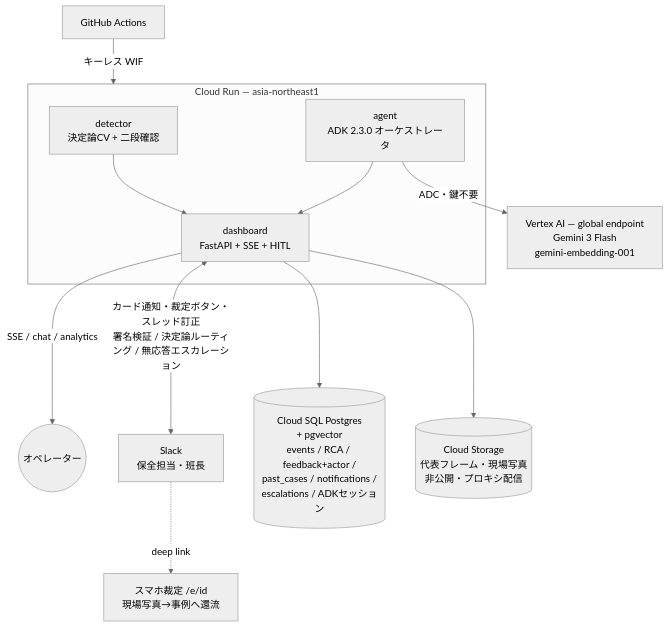
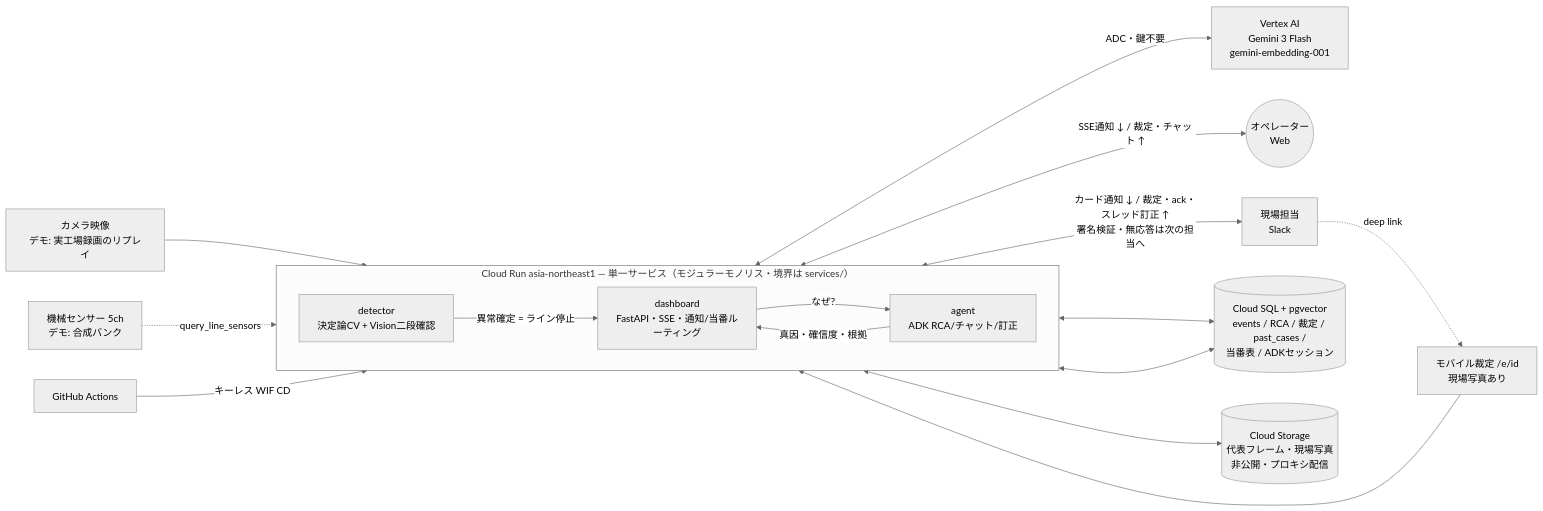
The second of 2 diagrams in README.md (ai-club-lab/e-andon), drawn with Mermaid (neutral theme) before and after one commit. The commit also changed other lines of this file, not shown here.

Commit message:
docs(readme): アーキ図を実態に合わせて再作成 — 1コンテナ明示・データフロー方向・HITL双方向・agent↔SQL・カメラ入力
旧図の問題: 3独立サービスに見える（実態はモジュラーモノリス）/ AGENT→DASH
の矢印が逆 / 入力（カメラ映像）欠落 / オペレーター矢印が一方向でHITLが不可視 /
agentとCloud SQLが未接続 / モバイルがdashboardに未接続。

````diff
--- a/README.md
+++ b/README.md
@@ -83,14 +83,19 @@
 ```mermaid
-flowchart TB
-    subgraph CloudRun["Cloud Run — asia-northeast1"]
-        DET[detector<br>決定論CV + 二段確認] --> DASH[dashboard<br>FastAPI + SSE + HITL]
-        AGENT[agent<br>ADK 2.3.0 オーケストレータ] --> DASH
+flowchart LR
+    CAM[カメラ映像<br>デモ: 実工場録画のリプレイ] --> DET
+    IOT[機械センサー 5ch<br>デモ: 合成バンク] -.->|query_line_sensors| AGENT
+    subgraph RUN["Cloud Run asia-northeast1 — 単一サービス（モジュラーモノリス・境界は services/）"]
+        direction LR
+        DET[detector<br>決定論CV + Vision二段確認] -->|異常確定 = ライン停止| DASH[dashboard<br>FastAPI・SSE・通知/当番ルーティング]
+        DASH -->|なぜ?| AGENT[agent<br>ADK RCA/チャット/訂正]
+        AGENT -->|真因・確信度・根拠| DASH
     end
-    DASH -->|SSE / chat / analytics| USER((オペレーター))
-    DASH <-->|カード通知・裁定ボタン・スレッド訂正<br>署名検証 / 決定論ルーティング / 無応答エスカレーション| SLACK[Slack<br>保全担当・班長]
-    SLACK -.->|deep link| MOBILE[スマホ裁定 /e/id<br>現場写真→事例へ還流]
-    AGENT -->|ADC・鍵不要| VERTEX[Vertex AI — global endpoint<br>Gemini 3 Flash<br>gemini-embedding-001]
-    DASH --> SQL[(Cloud SQL Postgres<br>+ pgvector<br>events / RCA / feedback+actor /<br>past_cases / notifications /<br>escalations / ADKセッション)]
-    DASH --> GCS[(Cloud Storage<br>代表フレーム・現場写真<br>非公開・プロキシ配信)]
-    GH[GitHub Actions] -->|キーレス WIF| CloudRun
+    AGENT <-->|ADC・鍵不要| VERTEX[Vertex AI<br>Gemini 3 Flash<br>gemini-embedding-001]
+    DASH <-->|SSE通知 ↓ / 裁定・チャット ↑| WEB((オペレーター<br>Web))
+    DASH <-->|カード通知 ↓ / 裁定・ack・スレッド訂正 ↑<br>署名検証・無応答は次の担当へ| SLACK[現場担当<br>Slack]
+    SLACK -.->|deep link| MOBILE[モバイル裁定 /e/id<br>現場写真あり]
+    MOBILE --> DASH
+    DASH & AGENT <--> SQL[(Cloud SQL + pgvector<br>events / RCA / 裁定 / past_cases /<br>当番表 / ADKセッション)]
+    DASH <--> GCS[(Cloud Storage<br>代表フレーム・現場写真<br>非公開・プロキシ配信)]
+    GH[GitHub Actions] -->|キーレス WIF CD| RUN
 ```
````
